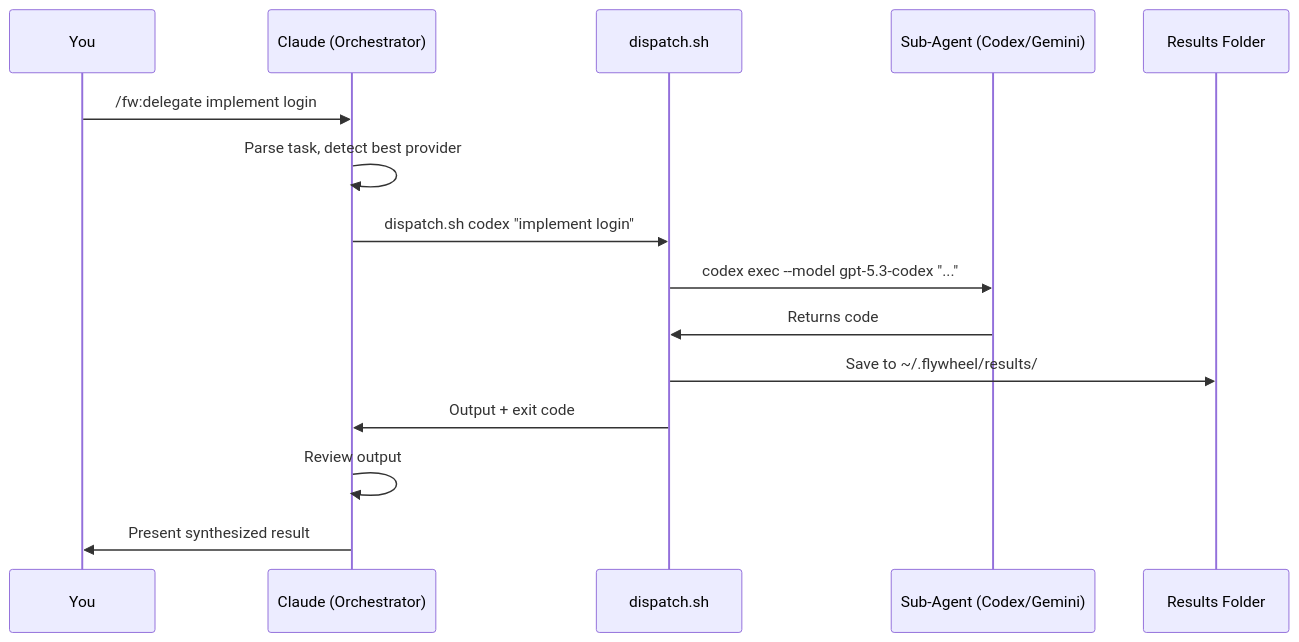
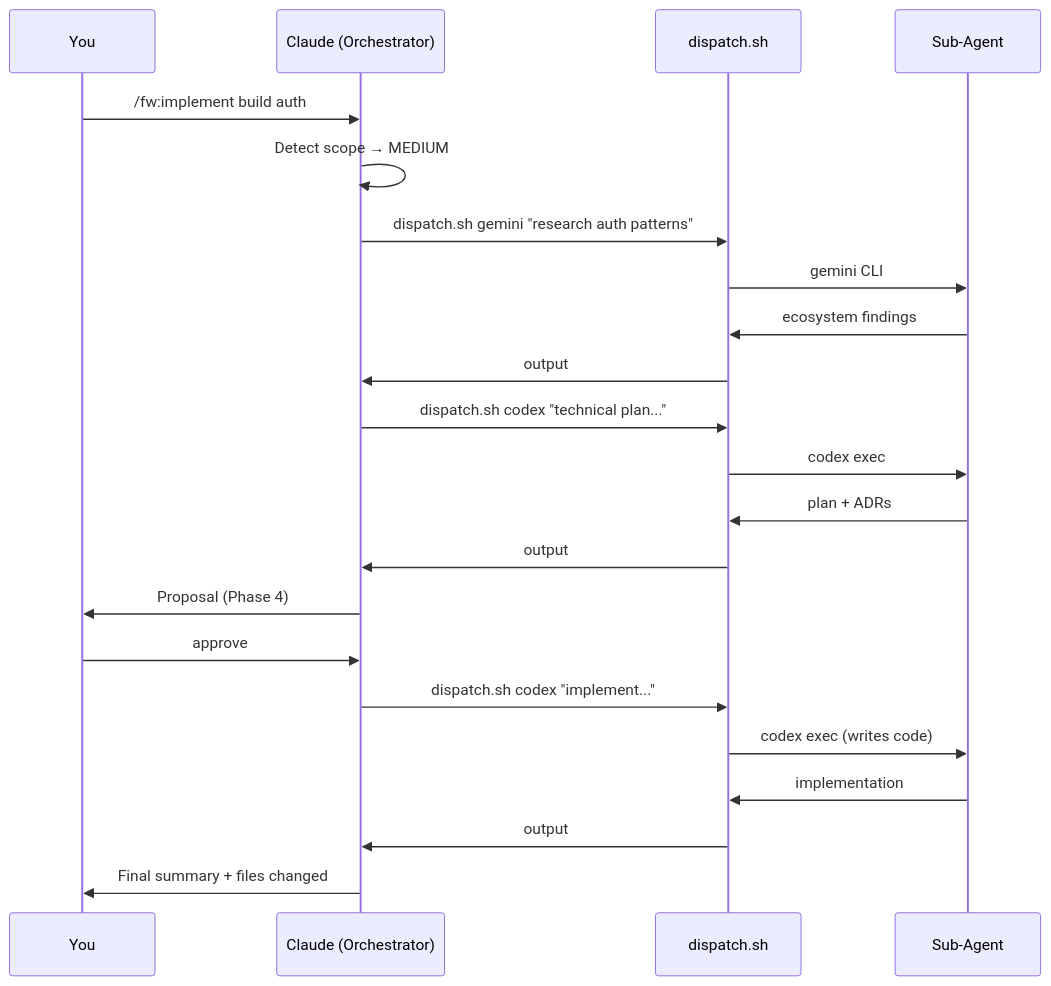
The second of 2 diagrams in README.md (GmedAli/flywheel-plugin), drawn with Mermaid before and after one commit. The commit also changed other lines of this file and 2 other files, not shown here.

Commit message:
feat: Introduce a comprehensive 9-phase feature implementation workflow command.

````diff
--- a/README.md
+++ b/README.md
@@ -221,18 +196,25 @@
 ```mermaid
 sequenceDiagram
     participant U as You
     participant C as Claude (Orchestrator)
     participant D as dispatch.sh
-    participant Agent as Sub-Agent (Codex/Gemini)
-    participant R as Results Folder
-    
-    U->>C: /fw:delegate implement login
-    C->>C: Parse task, detect best provider
-    C->>D: dispatch.sh codex "implement login"
-    D->>Agent: codex exec --model gpt-5.3-codex "..."
-    Agent->>D: Returns code
-    D->>R: Save to ~/.flywheel/results/
-    D->>C: Output + exit code
-    C->>C: Review output
-    C->>U: Present synthesized result
+    participant Agent as Sub-Agent
+
+    U->>C: /fw:implement build auth
+    C->>C: Detect scope → MEDIUM
+    C->>D: dispatch.sh gemini "research auth patterns"
+    D->>Agent: gemini CLI
+    Agent->>D: ecosystem findings
+    D->>C: output
+    C->>D: dispatch.sh codex "technical plan..."
+    D->>Agent: codex exec
+    Agent->>D: plan + ADRs
+    D->>C: output
+    C->>U: Proposal (Phase 4)
+    U->>C: approve
+    C->>D: dispatch.sh codex "implement..."
+    D->>Agent: codex exec (writes code)
+    Agent->>D: implementation
+    D->>C: output
+    C->>U: Final summary + files changed
 ```
````
